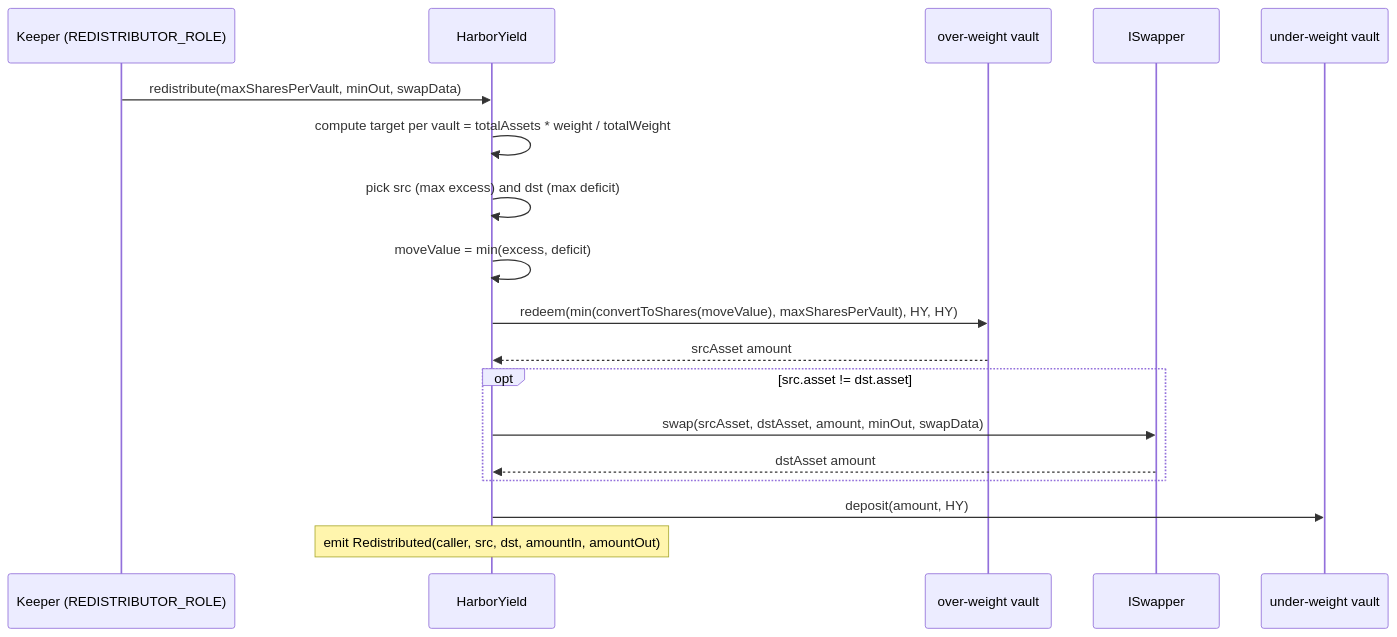
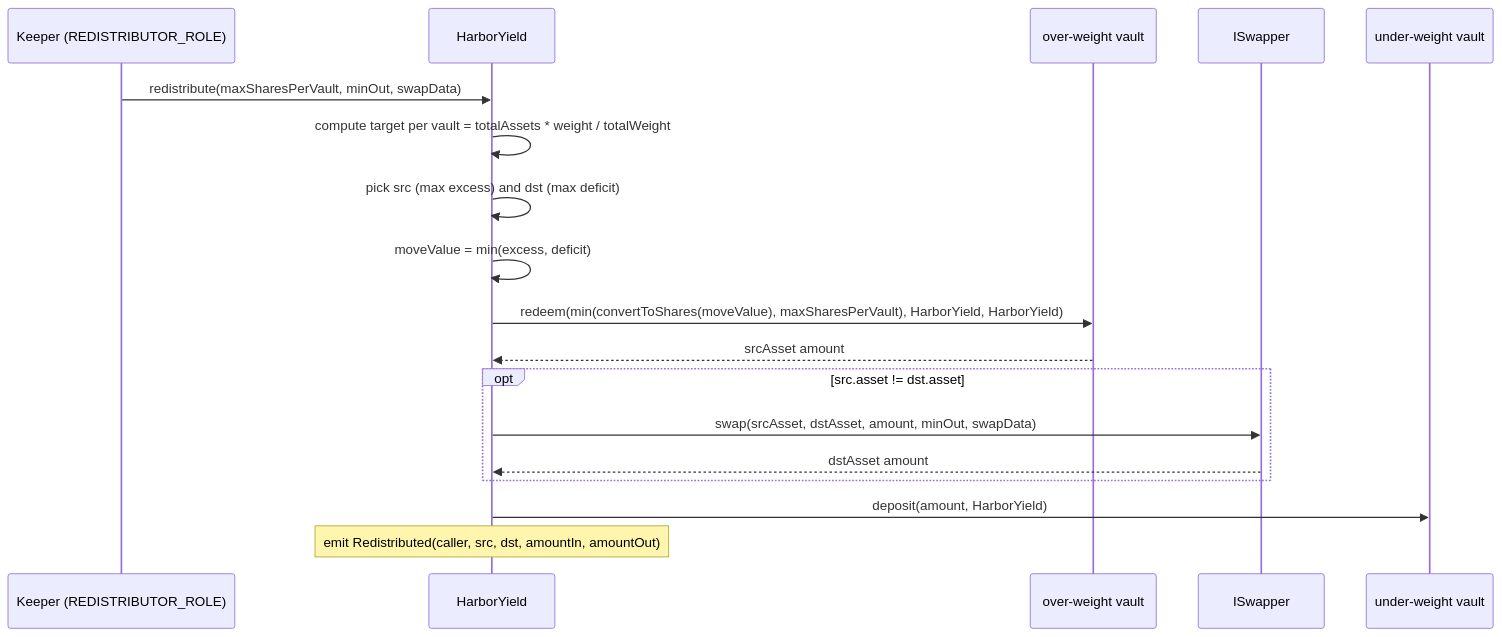
Before and after one commit to baofinance/harbor: the ninth of 9 diagrams in doc/autocompounding-vault-design.md, drawn with Mermaid. The commit also changed other lines of this file and 6 other files, not shown here.

````diff
--- a/doc/autocompounding-vault-design.md
+++ b/doc/autocompounding-vault-design.md
@@ -304,21 +304,21 @@
 ```mermaid
 sequenceDiagram
     participant Keeper as Keeper (REDISTRIBUTOR_ROLE)
-    participant HY as HarborYield
+    participant HarborYield as HarborYield
     participant Src as over-weight vault
     participant Swap as ISwapper
     participant Dst as under-weight vault
 
-    Keeper->>HY: redistribute(maxSharesPerVault, minOut, swapData)
-    HY->>HY: compute target per vault = totalAssets * weight / totalWeight
-    HY->>HY: pick src (max excess) and dst (max deficit)
-    HY->>HY: moveValue = min(excess, deficit)
-    HY->>Src: redeem(min(convertToShares(moveValue), maxSharesPerVault), HY, HY)
-    Src-->>HY: srcAsset amount
+    Keeper->>HarborYield: redistribute(maxSharesPerVault, minOut, swapData)
+    HarborYield->>HarborYield: compute target per vault = totalAssets * weight / totalWeight
+    HarborYield->>HarborYield: pick src (max excess) and dst (max deficit)
+    HarborYield->>HarborYield: moveValue = min(excess, deficit)
+    HarborYield->>Src: redeem(min(convertToShares(moveValue), maxSharesPerVault), HarborYield, HarborYield)
+    Src-->>HarborYield: srcAsset amount
     opt src.asset != dst.asset
-        HY->>Swap: swap(srcAsset, dstAsset, amount, minOut, swapData)
-        Swap-->>HY: dstAsset amount
+        HarborYield->>Swap: swap(srcAsset, dstAsset, amount, minOut, swapData)
+        Swap-->>HarborYield: dstAsset amount
     end
-    HY->>Dst: deposit(amount, HY)
-    Note over HY: emit Redistributed(caller, src, dst, amountIn, amountOut)
+    HarborYield->>Dst: deposit(amount, HarborYield)
+    Note over HarborYield: emit Redistributed(caller, src, dst, amountIn, amountOut)
 ```
````
